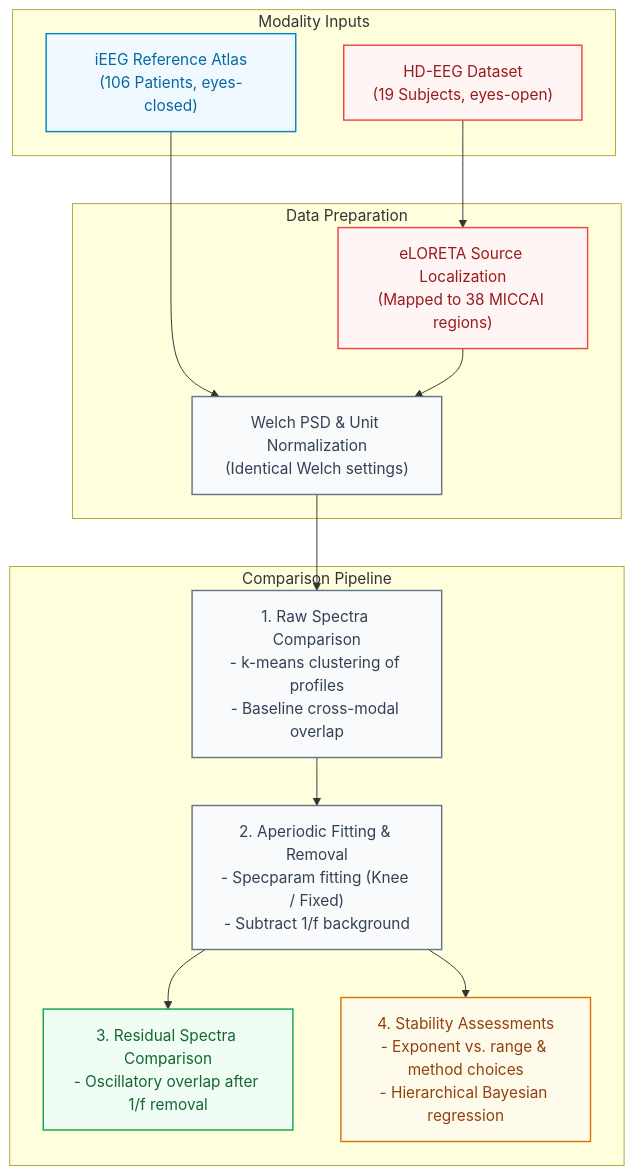
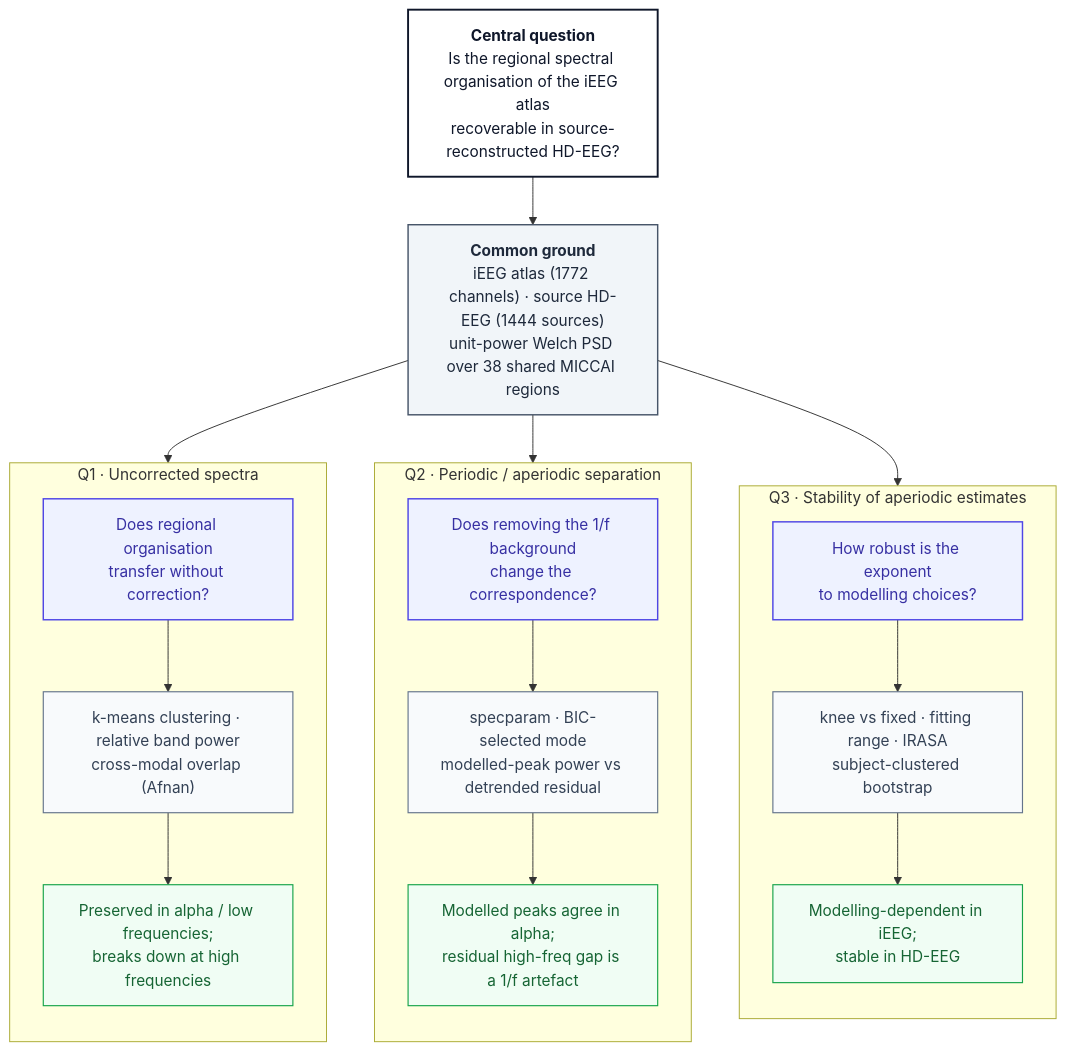
Before and after one commit to danieltomasz/code-spectral-comparison: the diagram in diagrams/pipeline.mmd, drawn with Mermaid. The commit also changed 59 other files, not shown here.

```diff
--- a/diagrams/pipeline.mmd
+++ b/diagrams/pipeline.mmd
@@ -1,31 +1,39 @@
 flowchart TD
-    %% Custom styling using distinct, harmonious palettes
-    classDef ieeg fill:#f0f9ff,stroke:#0284c7,stroke-width:1.5px,color:#0369a1;
-    classDef hdeeg fill:#fff5f5,stroke:#ef4444,stroke-width:1.5px,color:#991b1b;
-    classDef step fill:#f8fafc,stroke:#64748b,stroke-width:1.5px,color:#334155;
-    classDef highlight fill:#f0fdf4,stroke:#16a34a,stroke-width:1.5px,color:#166534;
-    classDef stability fill:#fffbeb,stroke:#d97706,stroke-width:1.5px,color:#92400e;
+    classDef frame fill:#ffffff,stroke:#0f172a,stroke-width:2px,color:#0f172a;
+    classDef data fill:#f1f5f9,stroke:#475569,stroke-width:1.5px,color:#1e293b;
+    classDef method fill:#f8fafc,stroke:#64748b,stroke-width:1.2px,color:#334155;
+    classDef take fill:#f0fdf4,stroke:#16a34a,stroke-width:1.2px,color:#166534;
+    classDef qhead fill:#eef2ff,stroke:#4f46e5,stroke-width:1.5px,color:#3730a3;
 
-    subgraph Inputs ["Modality Inputs"]
-        A1["iEEG Reference Atlas<br>(106 Patients, eyes-closed)"]:::ieeg
-        A2["HD-EEG Dataset<br>(19 Subjects, eyes-open)"]:::hdeeg
+    P["<b>Central question</b><br>Is the regional spectral organisation of the iEEG atlas<br>recoverable in source-reconstructed HD-EEG?"]:::frame
+
+    D["<b>Common ground</b><br>iEEG atlas (1772 channels) · source HD-EEG (1444 sources)<br>unit-power Welch PSD over 38 shared MICCAI regions"]:::data
+
+    P --> D
+    D --> Q1
+    D --> Q2
+    D --> Q3
+
+    subgraph Q1 ["Q1 · Uncorrected spectra"]
+        direction TB
+        Q1h["Does regional organisation<br>transfer without correction?"]:::qhead
+        Q1m["k-means clustering · relative band power<br>cross-modal overlap (Afnan)"]:::method
+        Q1t["Preserved in alpha / low frequencies;<br>breaks down at high frequencies"]:::take
+        Q1h --> Q1m --> Q1t
     end
 
-    subgraph Prep ["Data Preparation"]
-        B1["eLORETA Source Localization<br>(Mapped to 38 MICCAI regions)"]:::hdeeg
-        B2["Welch PSD & Unit Normalization<br>(Identical Welch settings)"]:::step
+    subgraph Q2 ["Q2 · Periodic / aperiodic separation"]
+        direction TB
+        Q2h["Does removing the 1/f background<br>change the correspondence?"]:::qhead
+        Q2m["specparam · BIC-selected mode<br>modelled-peak power vs detrended residual"]:::method
+        Q2t["Modelled peaks agree in alpha;<br>residual high-freq gap is a 1/f artefact"]:::take
+        Q2h --> Q2m --> Q2t
     end
 
-    subgraph Analysis ["Comparison Pipeline"]
-        C["1. Raw Spectra Comparison<br>- k-means clustering of profiles<br>- Baseline cross-modal overlap"]:::step
-        D["2. Aperiodic Fitting & Removal<br>- Specparam fitting (Knee / Fixed)<br>- Subtract 1/f background"]:::step
-        E["3. Residual Spectra Comparison<br>- Oscillatory overlap after 1/f removal"]:::highlight
-        F["4. Stability Assessments<br>- Exponent vs. range & method choices<br>- Hierarchical Bayesian regression"]:::stability
+    subgraph Q3 ["Q3 · Stability of aperiodic estimates"]
+        direction TB
+        Q3h["How robust is the exponent<br>to modelling choices?"]:::qhead
+        Q3m["knee vs fixed · fitting range · IRASA<br>subject-clustered bootstrap"]:::method
+        Q3t["Modelling-dependent in iEEG;<br>stable in HD-EEG"]:::take
+        Q3h --> Q3m --> Q3t
     end
-
-    A1 --> B2
-    A2 --> B1 --> B2
-    B2 --> C
-    C --> D
-    D --> E
-    D --> F
```
